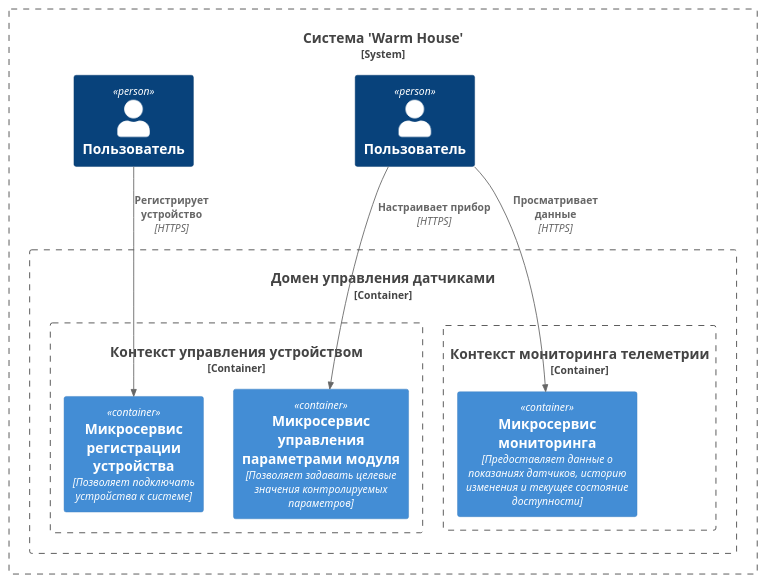
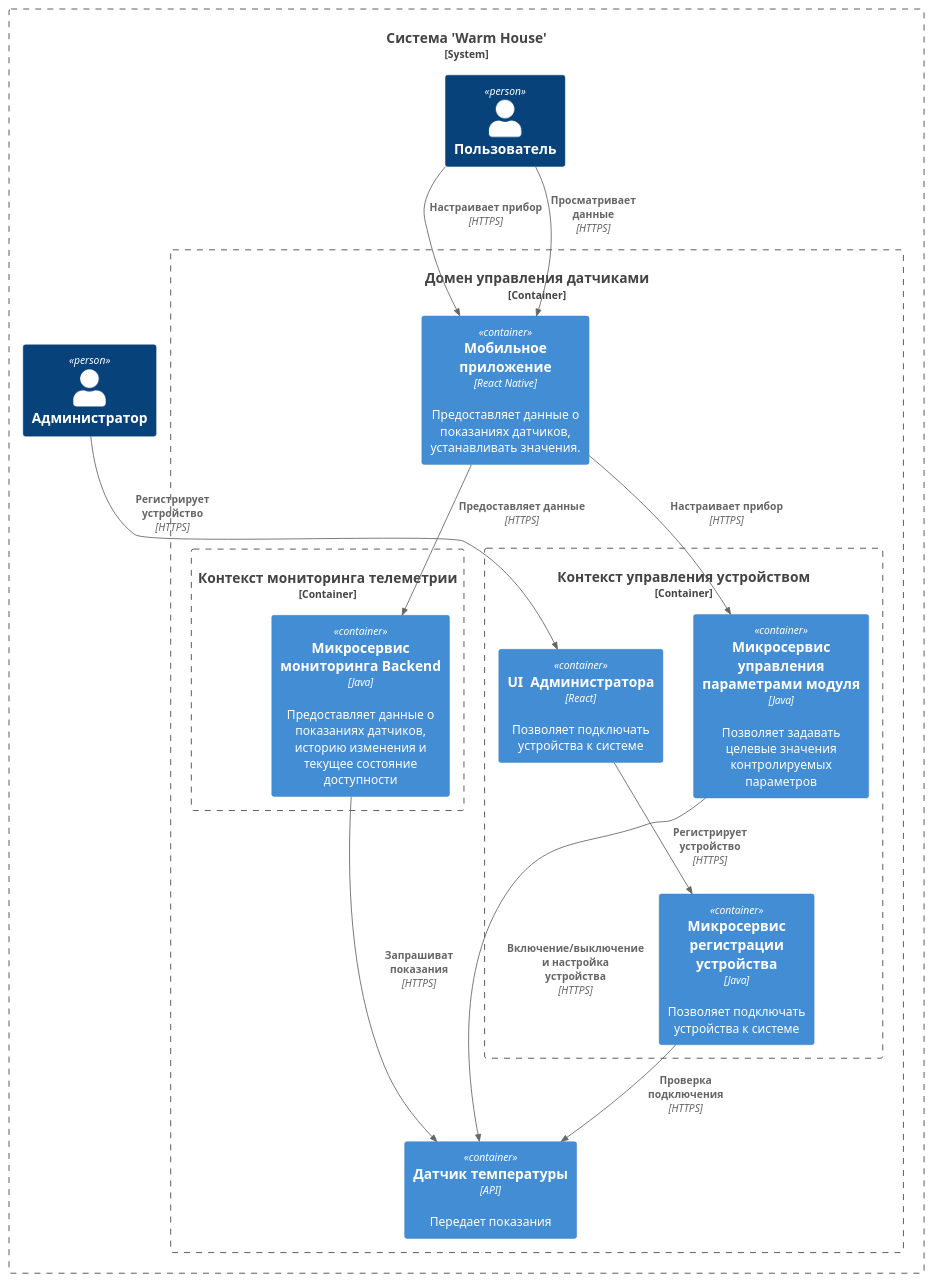
The diagram in diagrams/DDD.puml (EkaterinaKl/architecture-sprint-3), drawn with PlantUML before and after one commit. The commit also changed 5 other files, not shown here.

```diff
--- a/diagrams/DDD.puml
+++ b/diagrams/DDD.puml
@@ -1,31 +1,39 @@
 @startuml
 
 top to bottom direction
 
 !includeurl https://raw.githubusercontent.com/RicardoNiepel/C4-PlantUML/master/C4_Component.puml
 
 System_Boundary(c1, "Система 'Warm House'") {
 
 Person(user, "Пользователь")
-Person(admin, "Пользователь")
+Person(admin, "Администратор")
 
 Container_Boundary(c0, "Домен управления датчиками") {
-
+Container(MonitoringMobiSystem, "Мобильное приложение", "React Native", "Предоставляет данные о показаниях датчиков, устанавливать значения.")
 Container_Boundary(c2, "Контекст мониторинга телеметрии") {
-Container(MonitoringSystem, "Микросервис мониторинга", "Предоставляет данные о показаниях датчиков, историю изменения и текущее состояние доступности")
+Container(MonitoringSystem, "Микросервис мониторинга Backend", "Java", "Предоставляет данные о показаниях датчиков, историю изменения и текущее состояние доступности")
 }
 
 Container_Boundary(c3, "Контекст управления устройством") {
-Container(ManagementParamSystem, "Микросервис управления параметрами модуля", "Позволяет задавать целевые значения контролируемых параметров")
-Container(ManagementDeviceSystem, "Микросервис регистрации устройства", "Позволяет подключать устройства к системе")
+Container(ManagementParamSystem, "Микросервис управления параметрами модуля", "Java","Позволяет задавать целевые значения контролируемых параметров")
+Container(ManagementDeviceSystem, "Микросервис регистрации устройства","Java", "Позволяет подключать устройства к системе")
+Container(ManagementDeviceUI, "UI  Администратора","React", "Позволяет подключать устройства к системе")
 }
 
+Container(Device, "Датчик температуры","API", "Передает показания")
 }
 
-Rel(user, ManagementParamSystem, "Настраивает прибор", "HTTPS")
-Rel(user, MonitoringSystem, "Просматривает данные", "HTTPS")
-Rel(admin,ManagementDeviceSystem, "Регистрирует устройство", "HTTPS")
+Rel(user, MonitoringMobiSystem, "Настраивает прибор", "HTTPS")
+Rel(MonitoringMobiSystem, ManagementParamSystem, "Настраивает прибор", "HTTPS")
+Rel(user, MonitoringMobiSystem, "Просматривает данные", "HTTPS")
+Rel(MonitoringMobiSystem, MonitoringSystem, "Предоставляет данные", "HTTPS")
+Rel(MonitoringSystem, Device, "Запрашиват показания", "HTTPS")
+Rel(admin,ManagementDeviceUI, "Регистрирует устройство", "HTTPS")
+Rel(ManagementDeviceUI,ManagementDeviceSystem, "Регистрирует устройство", "HTTPS")
+Rel(ManagementDeviceSystem, Device, "Проверка подключения", "HTTPS")
+Rel(ManagementParamSystem, Device, "Включение/выключение и настройка устройства", "HTTPS")
 
 }
 
 @enduml
```
